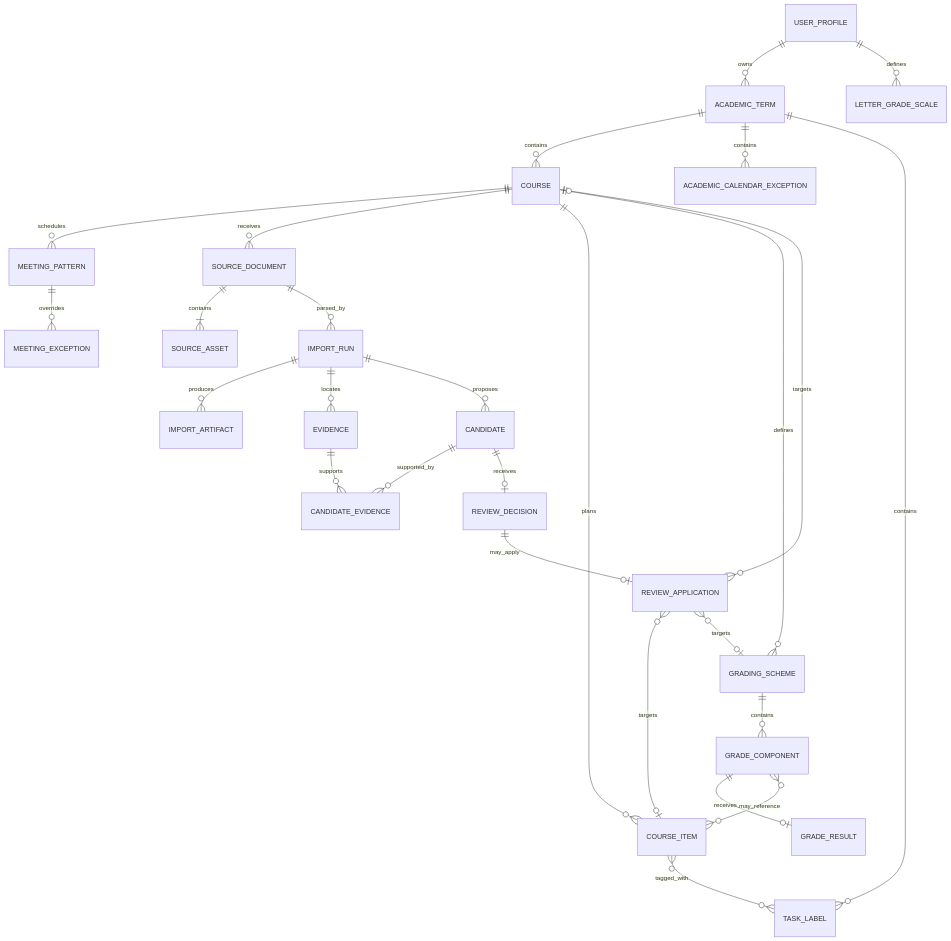
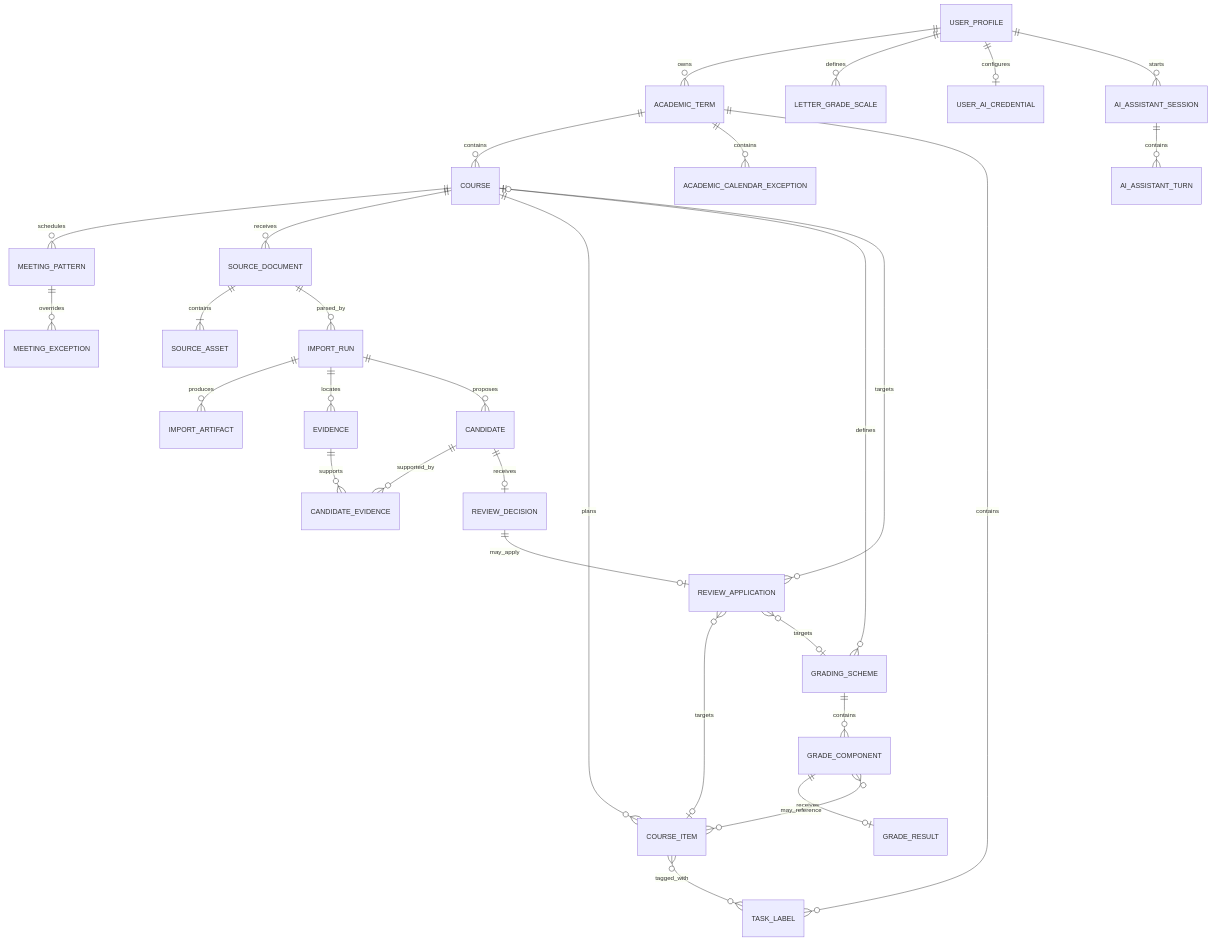
One commit to siruimei07/Course-Flow changed the diagram in docs/architecture/DATA_MODEL.md. Above: the diagram before and after it, drawn with Mermaid. The commit also changed other lines of this file and 99 other files, not shown here.

````diff
--- a/docs/architecture/DATA_MODEL.md
+++ b/docs/architecture/DATA_MODEL.md
@@ -18,29 +20,32 @@
 ```mermaid
 erDiagram
     USER_PROFILE ||--o{ ACADEMIC_TERM : owns
     USER_PROFILE ||--o{ LETTER_GRADE_SCALE : defines
+    USER_PROFILE ||--o| USER_AI_CREDENTIAL : configures
+    USER_PROFILE ||--o{ AI_ASSISTANT_SESSION : starts
+    AI_ASSISTANT_SESSION ||--o{ AI_ASSISTANT_TURN : contains
     ACADEMIC_TERM ||--o{ COURSE : contains
     ACADEMIC_TERM ||--o{ ACADEMIC_CALENDAR_EXCEPTION : contains
     ACADEMIC_TERM ||--o{ TASK_LABEL : contains
     COURSE ||--o{ MEETING_PATTERN : schedules
     MEETING_PATTERN ||--o{ MEETING_EXCEPTION : overrides
     COURSE ||--o{ SOURCE_DOCUMENT : receives
     SOURCE_DOCUMENT ||--|{ SOURCE_ASSET : contains
     SOURCE_DOCUMENT ||--o{ IMPORT_RUN : parsed_by
     IMPORT_RUN ||--o{ IMPORT_ARTIFACT : produces
     IMPORT_RUN ||--o{ EVIDENCE : locates
     IMPORT_RUN ||--o{ CANDIDATE : proposes
     CANDIDATE ||--o{ CANDIDATE_EVIDENCE : supported_by
     EVIDENCE ||--o{ CANDIDATE_EVIDENCE : supports
     CANDIDATE ||--o| REVIEW_DECISION : receives
     REVIEW_DECISION ||--o| REVIEW_APPLICATION : may_apply
     COURSE ||--o{ COURSE_ITEM : plans
     COURSE ||--o{ GRADING_SCHEME : defines
     GRADING_SCHEME ||--o{ GRADE_COMPONENT : contains
     GRADE_COMPONENT ||--o| GRADE_RESULT : receives
     GRADE_COMPONENT }o--o{ COURSE_ITEM : may_reference
     COURSE_ITEM }o--o{ TASK_LABEL : tagged_with
     REVIEW_APPLICATION }o--o| COURSE : targets
     REVIEW_APPLICATION }o--o| COURSE_ITEM : targets
     REVIEW_APPLICATION }o--o| GRADING_SCHEME : targets
 ```
````
